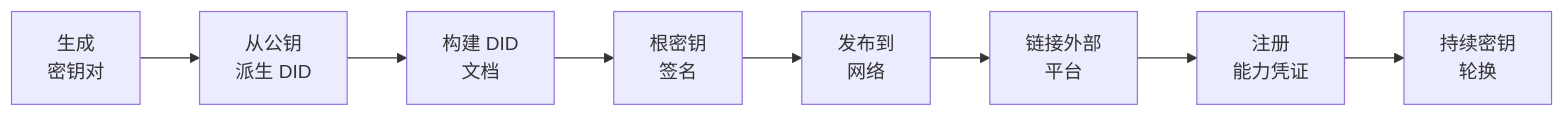
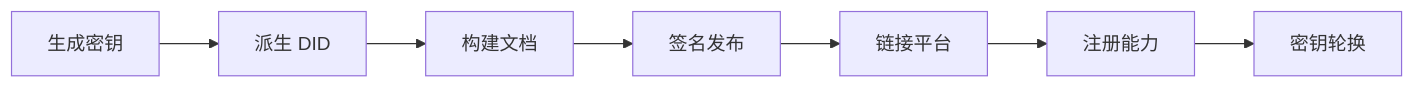
The first of 2 diagrams in packages/docs/content/docs/getting-started/core-concepts/identity.zh.md (claw-network/clawnet), drawn with Mermaid before and after one commit. The commit also changed other lines of this file and 14 other files, not shown here.

First line of the commit message:
Refactor diagrams and improve clarity in DAO, Identity, Markets, Reputation, Service Contracts, and Wallet documentation

````diff
--- a/packages/docs/content/docs/getting-started/core-concepts/identity.zh.md
+++ b/packages/docs/content/docs/getting-started/core-concepts/identity.zh.md
@@ -82,10 +82,9 @@
 ```mermaid
 flowchart LR
-    A["生成\n密钥对"] --> B["从公钥\n派生 DID"]
-    B --> C["构建 DID\n文档"]
-    C --> D["根密钥\n签名"]
-    D --> E["发布到\n网络"]
-    E --> F["链接外部\n平台"]
-    F --> G["注册\n能力凭证"]
-    G --> H["持续密钥\n轮换"]
+    A[生成密钥] --> B[派生 DID]
+    B --> C[构建文档]
+    C --> D[签名发布]
+    D --> E[链接平台]
+    E --> F[注册能力]
+    F --> G[密钥轮换]
 ```
````
